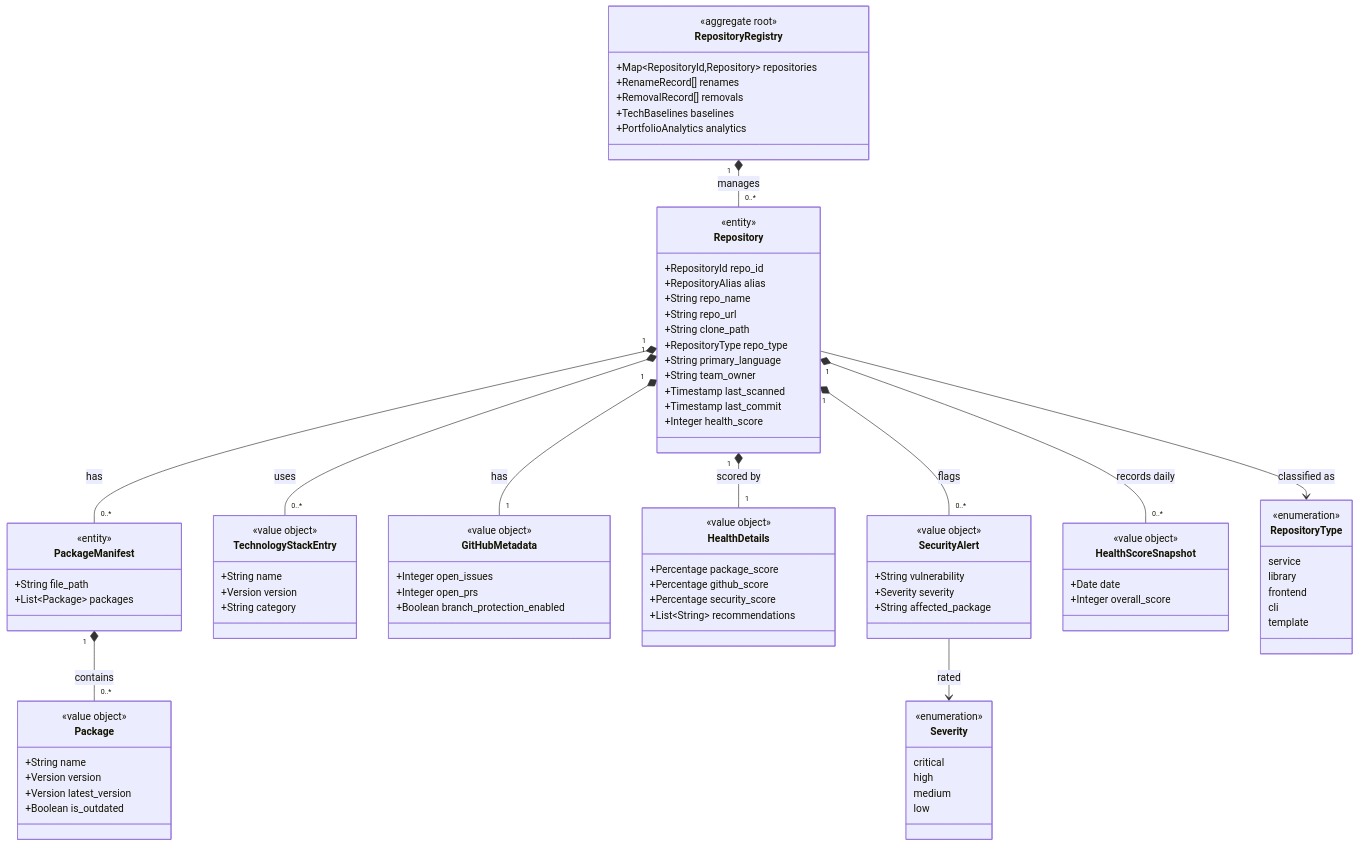
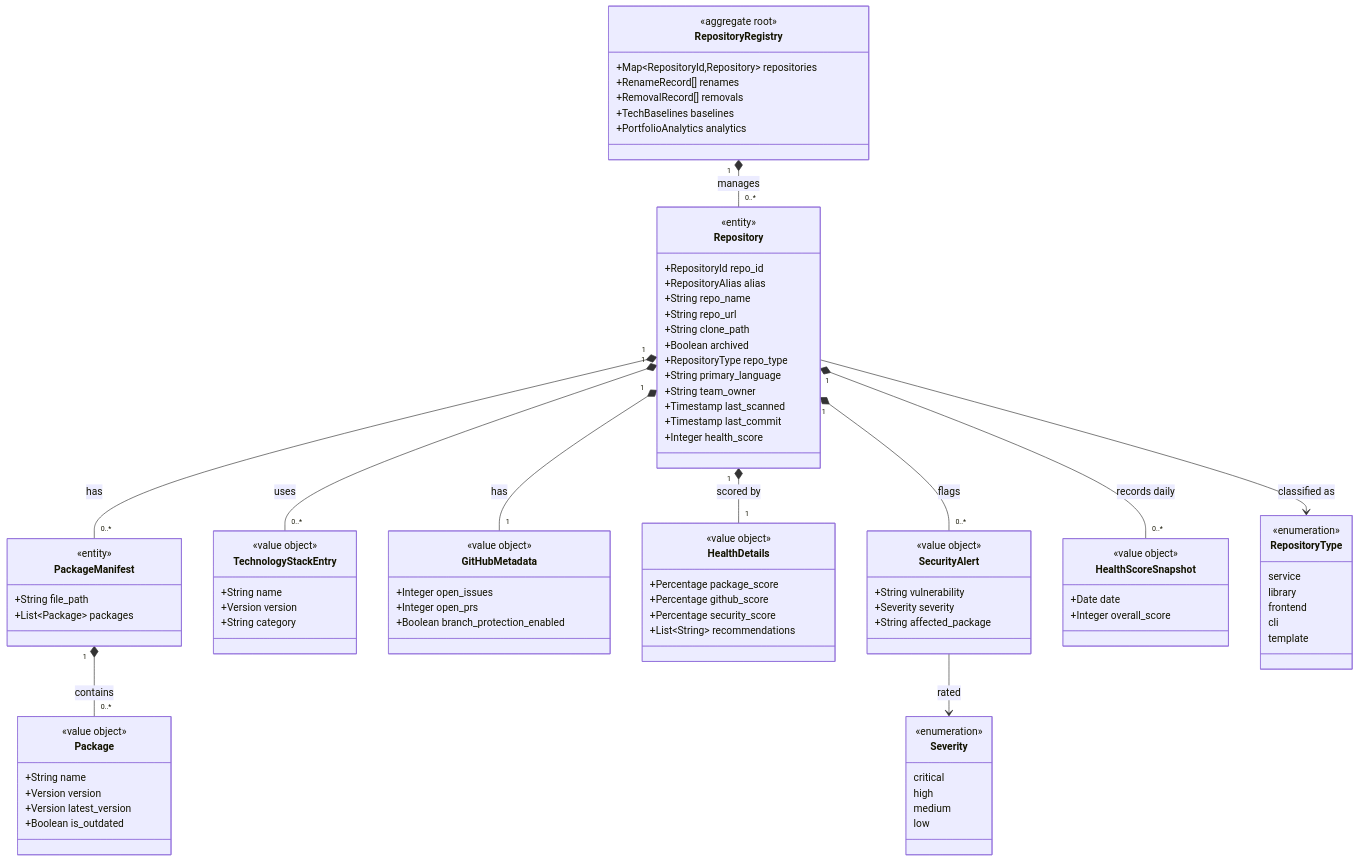
Before and after one commit to JSdotNet/Backlog: the diagram in .devbook/domain/repository-management/model.md, drawn with Mermaid. The commit also changed other lines of this file and 14 other files, not shown here.

```diff
--- a/.devbook/domain/repository-management/model.md
+++ b/.devbook/domain/repository-management/model.md
@@ -29,6 +29,7 @@
         +String repo_name
         +String repo_url
         +String clone_path
+        +Boolean archived
         +RepositoryType repo_type
         +String primary_language
         +String team_owner
```
